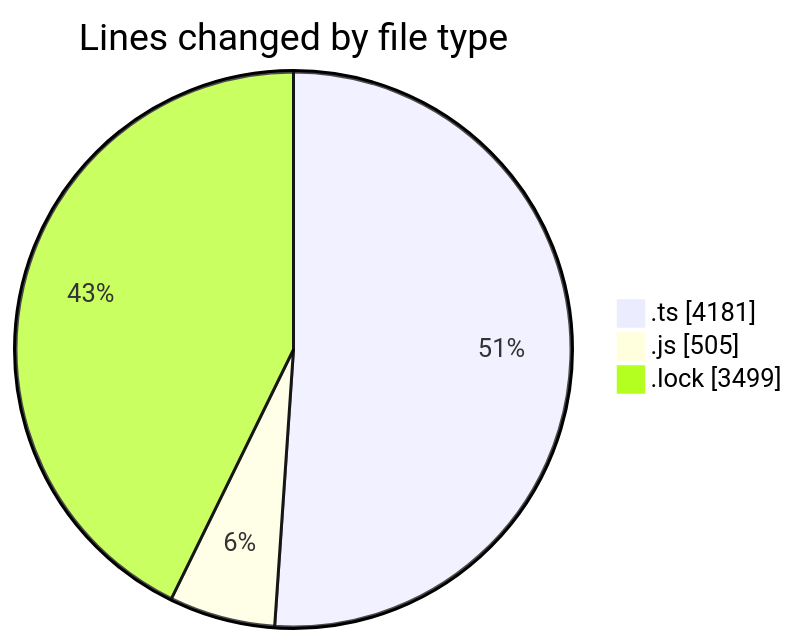
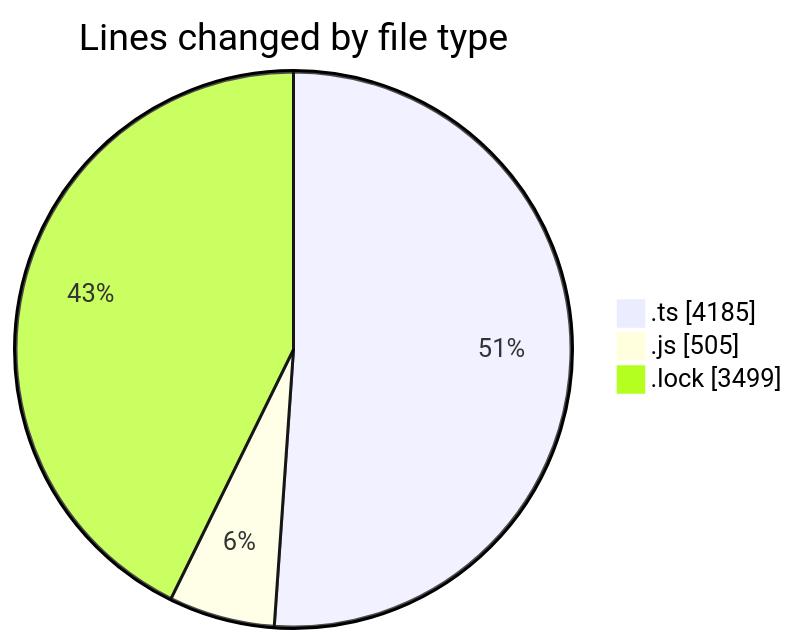
Before and after one commit to momahboobian/code-tracking: the first of 2 diagrams in 2025-05-20/cda/README.md, drawn with Mermaid. The commit also changed other lines of this file and 1 other file, not shown here.

````diff
--- a/2025-05-20/cda/README.md
+++ b/2025-05-20/cda/README.md
@@ -27,7 +27,7 @@
 ```mermaid
 pie showData
 title Lines changed by file type
-".ts" : 4181
+".ts" : 4185
 ".js" : 505
 ".lock" : 3499
 ```
````
